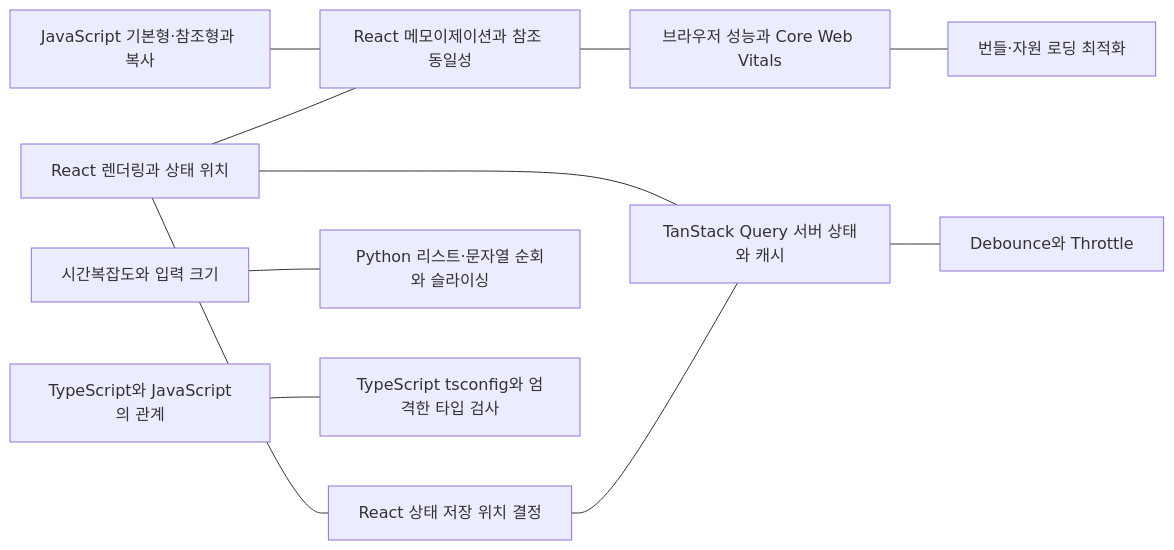
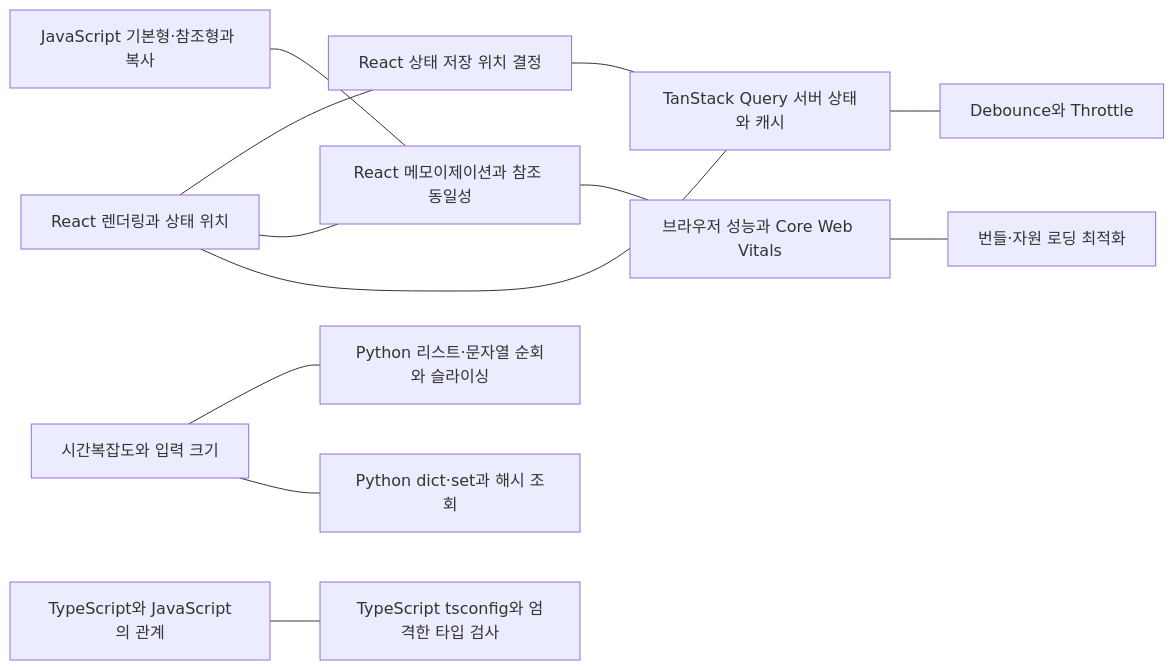
One commit to Dev-SangWoo/my-dev-wiki changed the diagram in README.md. Above: the diagram before and after it, drawn with Mermaid.

Commit message:
Knowledge Graph에 Python 해시 조회 연결 추가

````diff
--- a/README.md
+++ b/README.md
@@ -15,26 +15,28 @@
 ```mermaid
 graph LR
     jsdata["JavaScript 기본형·참조형과 복사"]
     rendering["React 렌더링과 상태 위치"]
     state["React 상태 저장 위치 결정"]
     memo["React 메모이제이션과 참조 동일성"]
     query["TanStack Query 서버 상태와 캐시"]
     debounce["Debounce와 Throttle"]
     browser["브라우저 성능과 Core Web Vitals"]
     loading["번들·자원 로딩 최적화"]
     complexity["시간복잡도와 입력 크기"]
     pylist["Python 리스트·문자열 순회와 슬라이싱"]
+    pyhash["Python dict·set과 해시 조회"]
     tsjs["TypeScript와 JavaScript의 관계"]
     tsconfig["TypeScript tsconfig와 엄격한 타입 검사"]
 
     jsdata --- memo
     rendering --- state
     rendering --- memo
     rendering --- query
     state --- query
     query --- debounce
     memo --- browser
     browser --- loading
     complexity --- pylist
+    complexity --- pyhash
     tsjs --- tsconfig
 ```
````
